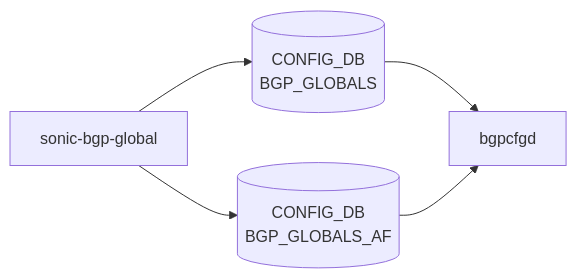
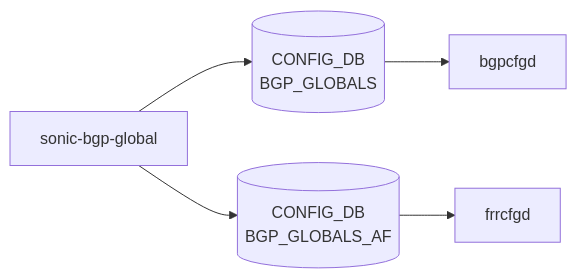
Before and after one commit to aoki-taquan/sonic-unofficial-docs: the diagram in docs/reference/yang/sonic-bgp-global.md, drawn with Mermaid. The commit also changed 21 other files, not shown here.

````diff
--- a/docs/reference/yang/sonic-bgp-global.md
+++ b/docs/reference/yang/sonic-bgp-global.md
@@ -32,11 +32,12 @@
 ```mermaid
 flowchart LR
   Y["sonic-bgp-global"]
   C1[("CONFIG_DB<br/>BGP_GLOBALS")]
   Y --> C1
   D1["bgpcfgd"]
   C1 --> D1
   C2[("CONFIG_DB<br/>BGP_GLOBALS_AF")]
   Y --> C2
-  C2 --> D1
+  D2["frrcfgd"]
+  C2 --> D2
 ```
````
